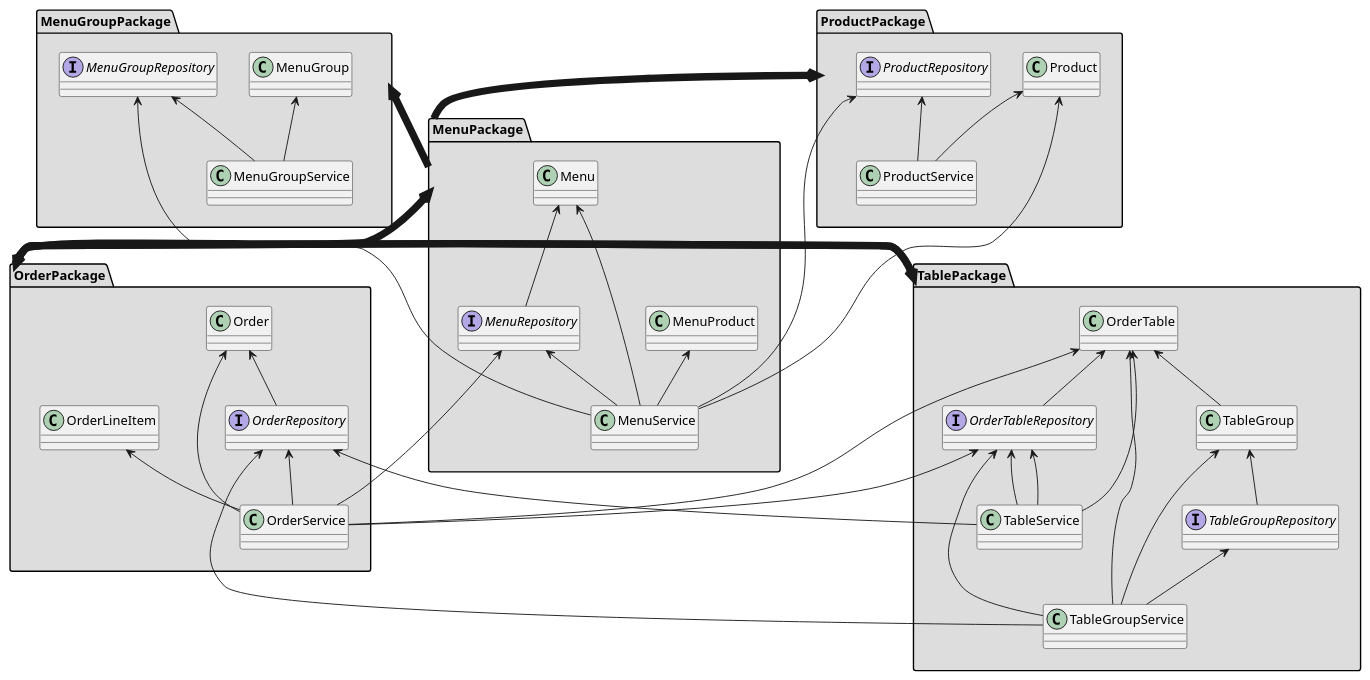
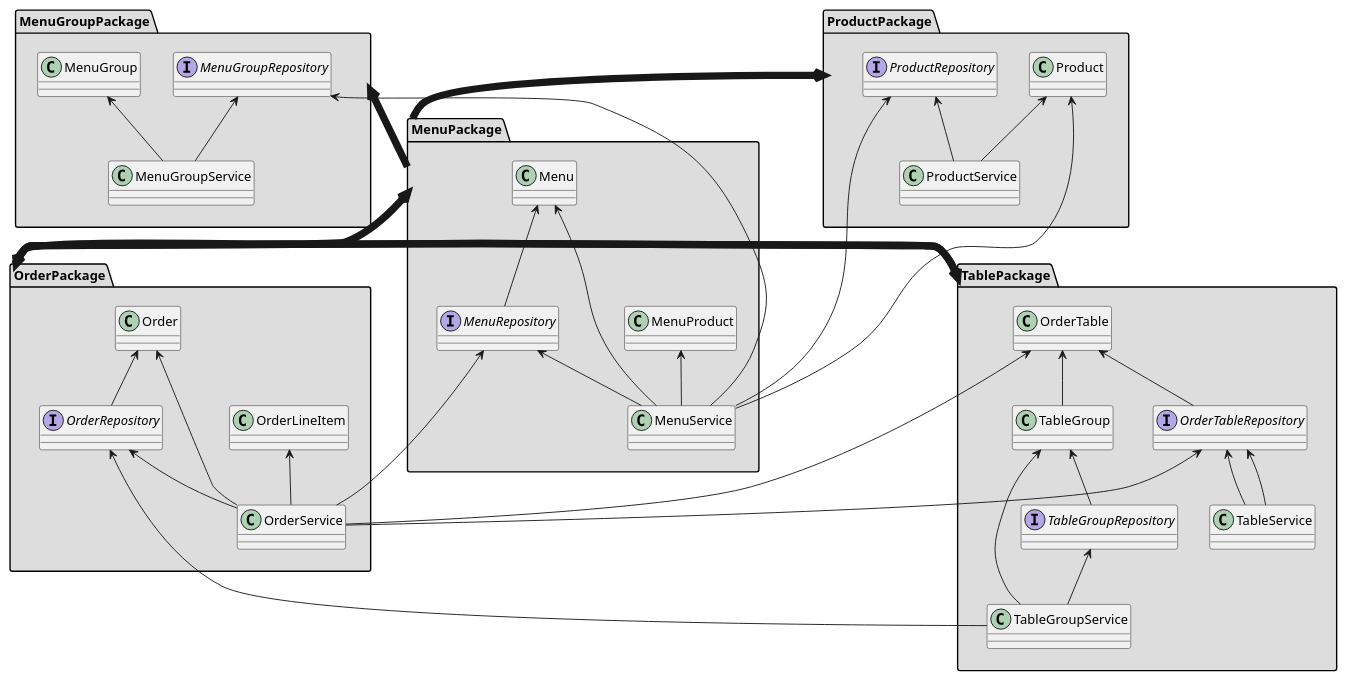
One commit to next-step/jwp-refactoring changed the diagram in markdown/uml.puml. Above: the diagram before and after it, drawn with PlantUML. The commit also changed 4 other files, not shown here.

Commit message:
refactor: 의존성 제거 OrderTable <-- TableGroupService OrderTableRepository <-- TableGroupService OrderRepository <-- TableService OrderTable <-- TableService

```diff
--- a/markdown/uml.puml
+++ b/markdown/uml.puml
@@ -1,87 +1,87 @@
 @startuml
 package MenuPackage #DDDDDD {
   class MenuService
   class Menu
   class MenuProduct
   interface MenuRepository
 }
 package MenuGroupPackage #DDDDDD {
   class MenuGroupService
   class MenuGroup
   interface MenuGroupRepository
 }
 package OrderPackage #DDDDDD {
   class OrderService
   class Order
   class OrderLineItem
   interface OrderRepository
 }
 package ProductPackage #DDDDDD {
   class ProductService
   class Product
   interface ProductRepository
 }
 package TablePackage #DDDDDD {
   class TableService
   class TableGroupService
   class OrderTable
   class TableGroup
   interface OrderTableRepository
   interface TableGroupRepository
 }
 
   ProductPackage <-[thickness=8]- MenuPackage
   MenuGroupPackage <-[thickness=8]- MenuPackage
   MenuPackage <-[thickness=8]- OrderPackage
   TablePackage <-[thickness=8]- OrderPackage
   OrderPackage <-[thickness=8]- TablePackage
 
 
   Menu <-- MenuService
   'MenuGroup <-- MenuService
   MenuGroupRepository <-- MenuService
   MenuProduct <-- MenuService
   MenuRepository <-- MenuService
   Product <-- MenuService
   ProductRepository <-- MenuService
 
   'MenuGroup <-- Menu
 
   'Product <-- MenuProduct
 
   MenuGroup <-- MenuGroupService
   MenuGroupRepository <-- MenuGroupService
 '------------------------------------------------------
   'OrderTable <-- Order
 
   'Menu <-- OrderLineItem
 
   'Menu <-- OrderService
   MenuRepository <-- OrderService
   Order <-- OrderService
   OrderLineItem <-- OrderService
   OrderRepository <-- OrderService
   OrderTable <-- OrderService
   OrderTableRepository <-- OrderService
 
   Product <-- ProductService
   ProductRepository <-- ProductService
 
   OrderTable <-- TableGroup
 
   OrderRepository <-- TableGroupService
-  OrderTable <-- TableGroupService
-  OrderTableRepository <-- TableGroupService
+  'OrderTable <-- TableGroupService
+  'OrderTableRepository <-- TableGroupService
   TableGroup <-- TableGroupService
   TableGroupRepository <-- TableGroupService
 
-  OrderRepository <-- TableService
-  OrderTable <-- TableService
+  'OrderRepository <-- TableService
+  'OrderTable <-- TableService
   OrderTableRepository <-- TableService
 
   TableGroup <-- TableGroupRepository
   Order <-- OrderRepository
   Menu <-- MenuRepository
   OrderTableRepository <-- TableService
   OrderTable <-- OrderTableRepository
 @enduml
```
